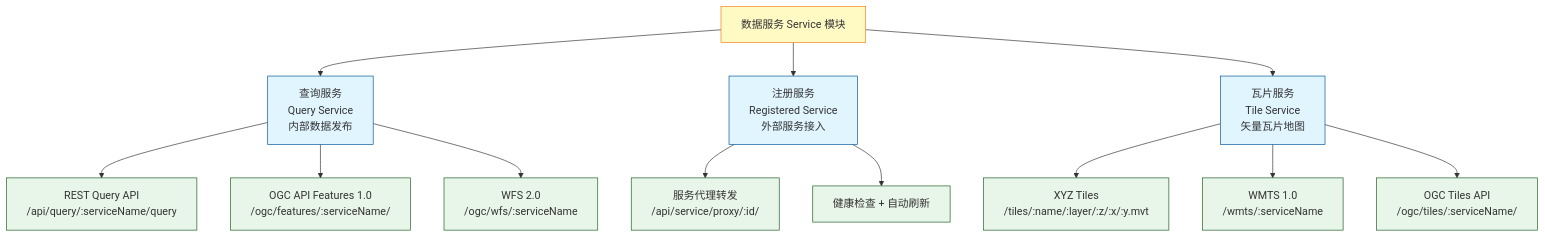
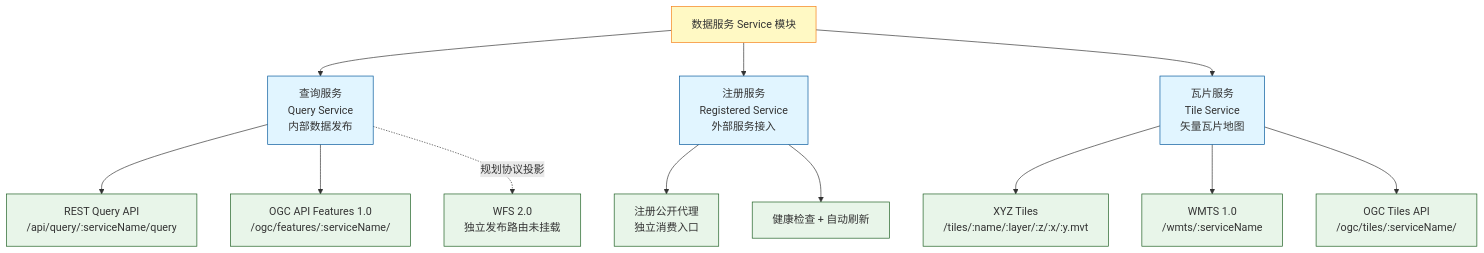
Before and after one commit to pampa0629/addp: the first of 4 diagrams in docs/concepts/addp数据服务体系图.md, drawn with Mermaid. The commit also changed other lines of this file and 137 other files, not shown here.

````diff
--- a/docs/concepts/addp数据服务体系图.md
+++ b/docs/concepts/addp数据服务体系图.md
@@ -22,27 +22,27 @@
 ```mermaid
 graph TB
     Service[数据服务 Service 模块]
 
     Service --> QS[查询服务<br/>Query Service<br/>内部数据发布]
     Service --> RS[注册服务<br/>Registered Service<br/>外部服务接入]
     Service --> TS[瓦片服务<br/>Tile Service<br/>矢量瓦片地图]
 
     QS --> QS_REST[REST Query API<br/>/api/query/:serviceName/query]
     QS --> QS_OGC[OGC API Features 1.0<br/>/ogc/features/:serviceName/]
-    QS --> QS_WFS[WFS 2.0<br/>/ogc/wfs/:serviceName]
+    QS -. 规划协议投影 .-> QS_WFS[WFS 2.0<br/>独立发布路由未挂载]
 
-    RS --> RS_PROXY[服务代理转发<br/>/api/service/proxy/:id/]
+    RS --> RS_PROXY[注册公开代理<br/>独立消费入口]
     RS --> RS_HEALTH[健康检查 + 自动刷新]
 
     TS --> TS_XYZ[XYZ Tiles<br/>/tiles/:name/:layer/:z/:x/:y.mvt]
     TS --> TS_WMTS[WMTS 1.0<br/>/wmts/:serviceName]
     TS --> TS_OGC[OGC Tiles API<br/>/ogc/tiles/:serviceName/]
 
     classDef root fill:#fff9c4,stroke:#f57f17
     classDef category fill:#e1f5ff,stroke:#01579b
     classDef endpoint fill:#e8f5e9,stroke:#1b5e20
 
     class Service root
     class QS,RS,TS category
     class QS_REST,QS_OGC,QS_WFS,RS_PROXY,RS_HEALTH,TS_XYZ,TS_WMTS,TS_OGC endpoint
 ```
````
